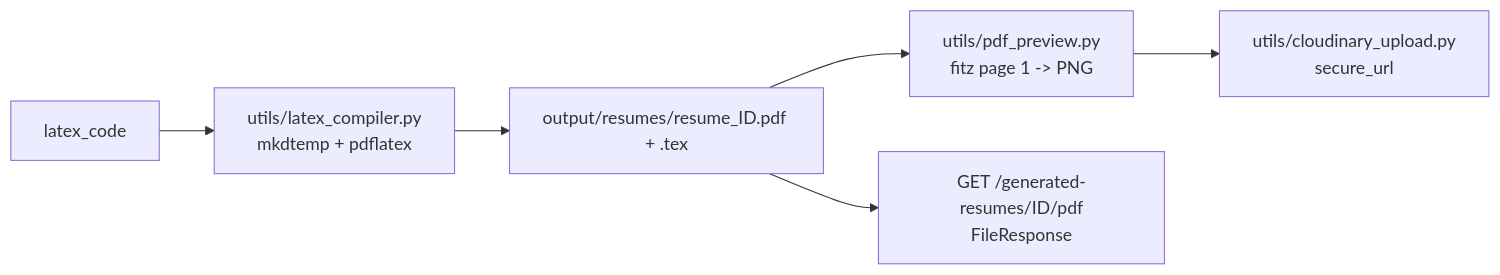
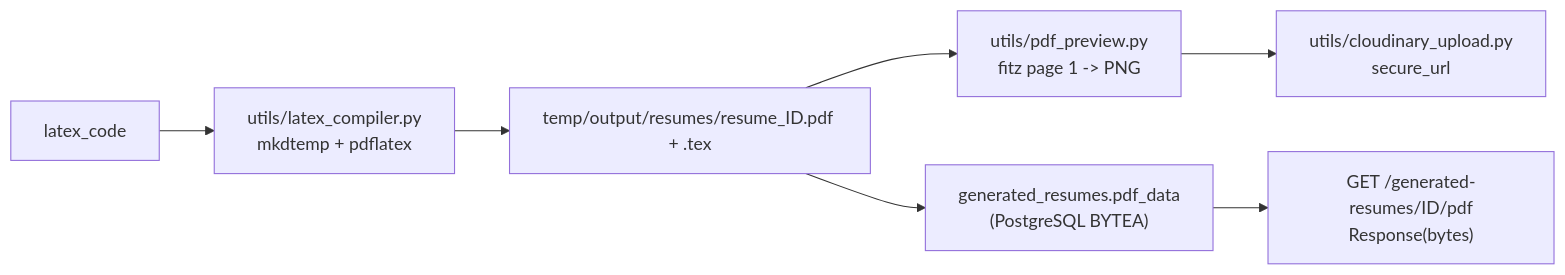
One commit to wVishal007/exam-cv changed the fourth of 4 diagrams in docs/architecture.md. Above: the diagram before and after it, drawn with Mermaid. The commit also changed other lines of this file and 1 other file, not shown here.

Commit message:
schema updated++

````diff
--- a/docs/architecture.md
+++ b/docs/architecture.md
@@ -409,8 +414,9 @@
 ```mermaid
 flowchart LR
     Latex[latex_code] --> Compiler["utils/latex_compiler.py<br/>mkdtemp + pdflatex"]
-    Compiler --> Out["output/resumes/resume_ID.pdf + .tex"]
+    Compiler --> Out["temp/output/resumes/resume_ID.pdf + .tex"]
     Out --> Preview["utils/pdf_preview.py<br/>fitz page 1 -> PNG"]
     Preview --> Cloud["utils/cloudinary_upload.py<br/>secure_url"]
-    Out --> Serve["GET /generated-resumes/ID/pdf<br/>FileResponse"]
+    Out --> Store["generated_resumes.pdf_data<br/>(PostgreSQL BYTEA)"]
+    Store --> Serve["GET /generated-resumes/ID/pdf<br/>Response(bytes)"]
 ```
````
